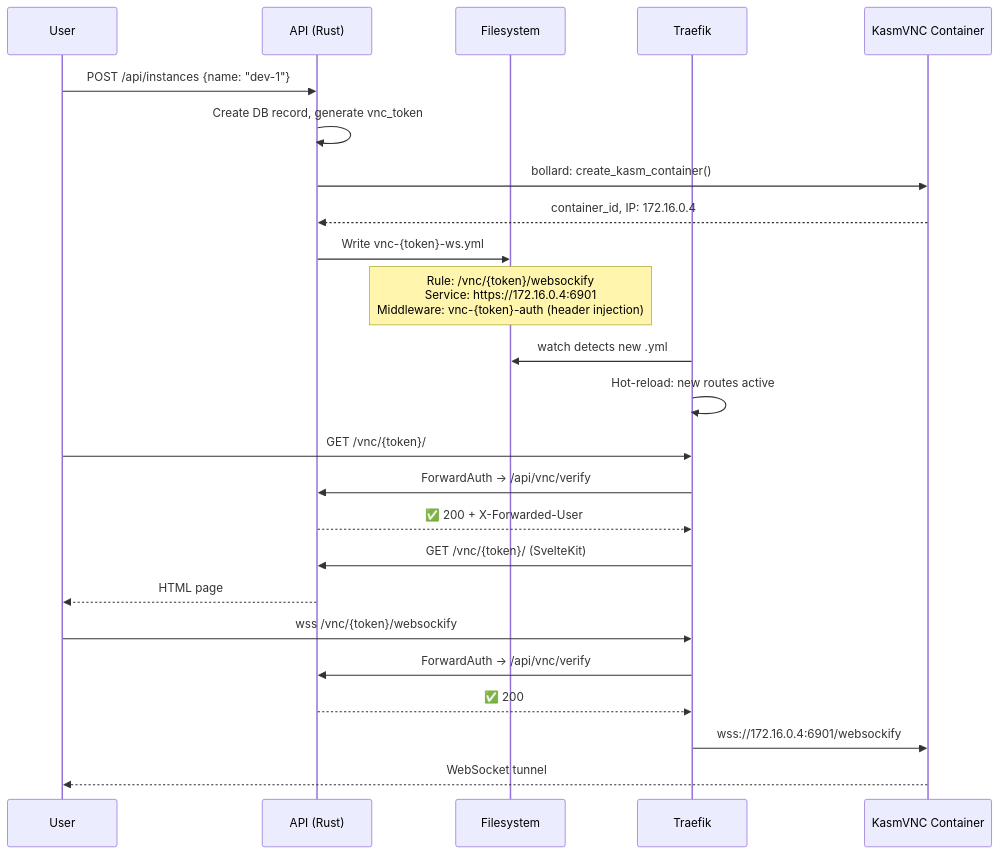
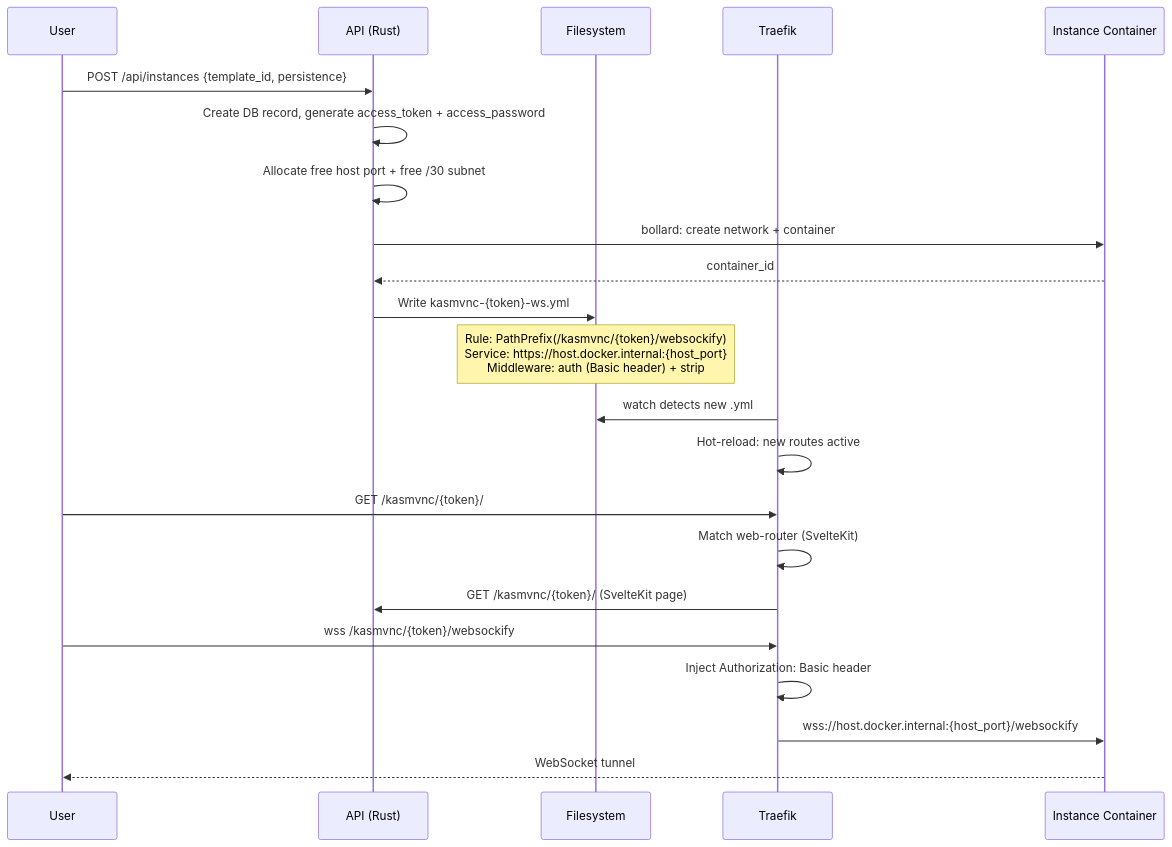
One commit to TsukiSama9292/OpenWorkspace-Engine changed the third of 7 diagrams in docs/architecture.md. Above: the diagram before and after it, drawn with Mermaid. The commit also changed other lines of this file and 11 other files, not shown here.

````diff
--- a/docs/architecture.md
+++ b/docs/architecture.md
@@ -83,29 +104,27 @@
 ```mermaid
 sequenceDiagram
     participant U as User
     participant A as API (Rust)
     participant FS as Filesystem
     participant T as Traefik
-    participant K as KasmVNC Container
+    participant K as Instance Container
 
-    U->>A: POST /api/instances {name: "dev-1"}
-    A->>A: Create DB record, generate vnc_token
-    A->>K: bollard: create_kasm_container()
-    K-->>A: container_id, IP: 172.16.0.4
-    A->>FS: Write vnc-{token}-ws.yml
-    Note over FS: Rule: /vnc/{token}/websockify<br/>Service: https://172.16.0.4:6901<br/>Middleware: vnc-{token}-auth (header injection)
+    U->>A: POST /api/instances {template_id, persistence}
+    A->>A: Create DB record, generate access_token + access_password
+    A->>A: Allocate free host port + free /30 subnet
+    A->>K: bollard: create network + container
+    K-->>A: container_id
+    A->>FS: Write kasmvnc-{token}-ws.yml
+    Note over FS: Rule: PathPrefix(/kasmvnc/{token}/websockify)<br/>Service: https://host.docker.internal:{host_port}<br/>Middleware: auth (Basic header) + strip
     T->>FS: watch detects new .yml
     T->>T: Hot-reload: new routes active
 
-    U->>T: GET /vnc/{token}/
-    T->>A: ForwardAuth → /api/vnc/verify
-    A-->>T: ✅ 200 + X-Forwarded-User
-    T->>A: GET /vnc/{token}/ (SvelteKit)
-    A-->>U: HTML page
+    U->>T: GET /kasmvnc/{token}/
+    T->>T: Match web-router (SvelteKit)
+    T->>A: GET /kasmvnc/{token}/ (SvelteKit page)
 
-    U->>T: wss /vnc/{token}/websockify
-    T->>A: ForwardAuth → /api/vnc/verify
-    A-->>T: ✅ 200
-    T->>K: wss://172.16.0.4:6901/websockify
+    U->>T: wss /kasmvnc/{token}/websockify
+    T->>T: Inject Authorization: Basic header
+    T->>K: wss://host.docker.internal:{host_port}/websockify
     K-->>U: WebSocket tunnel
 ```
````
